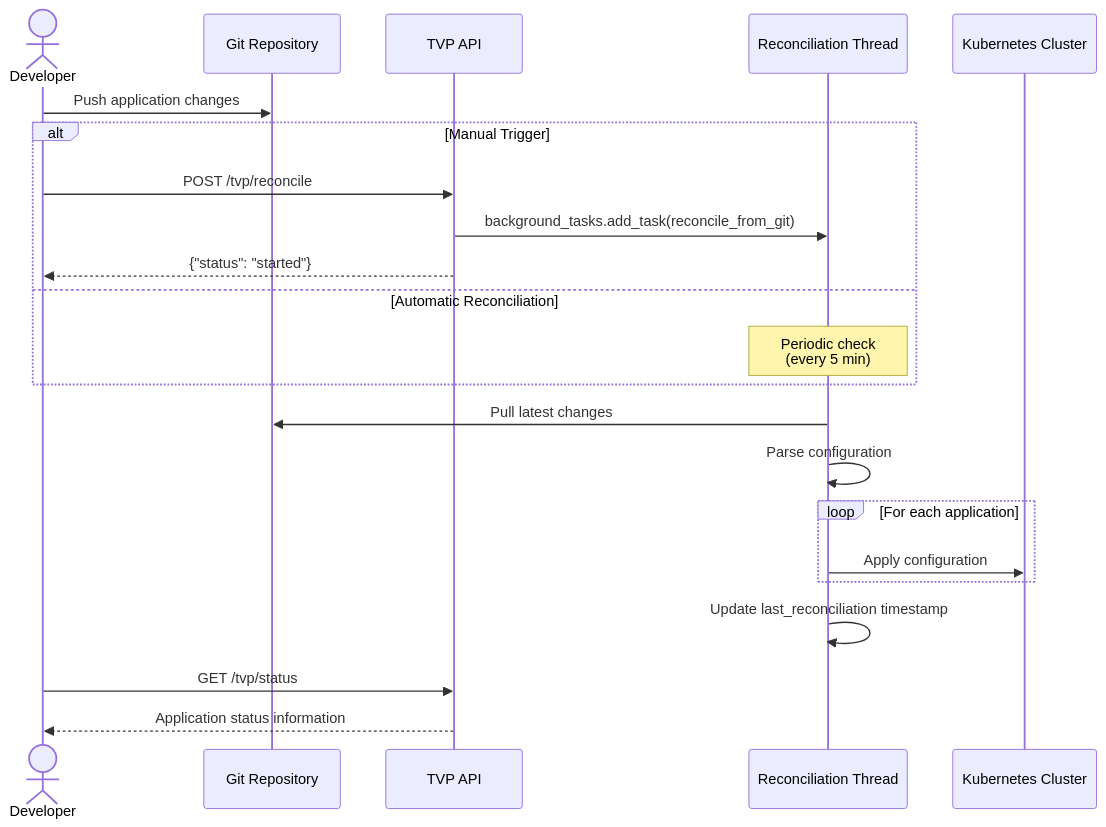
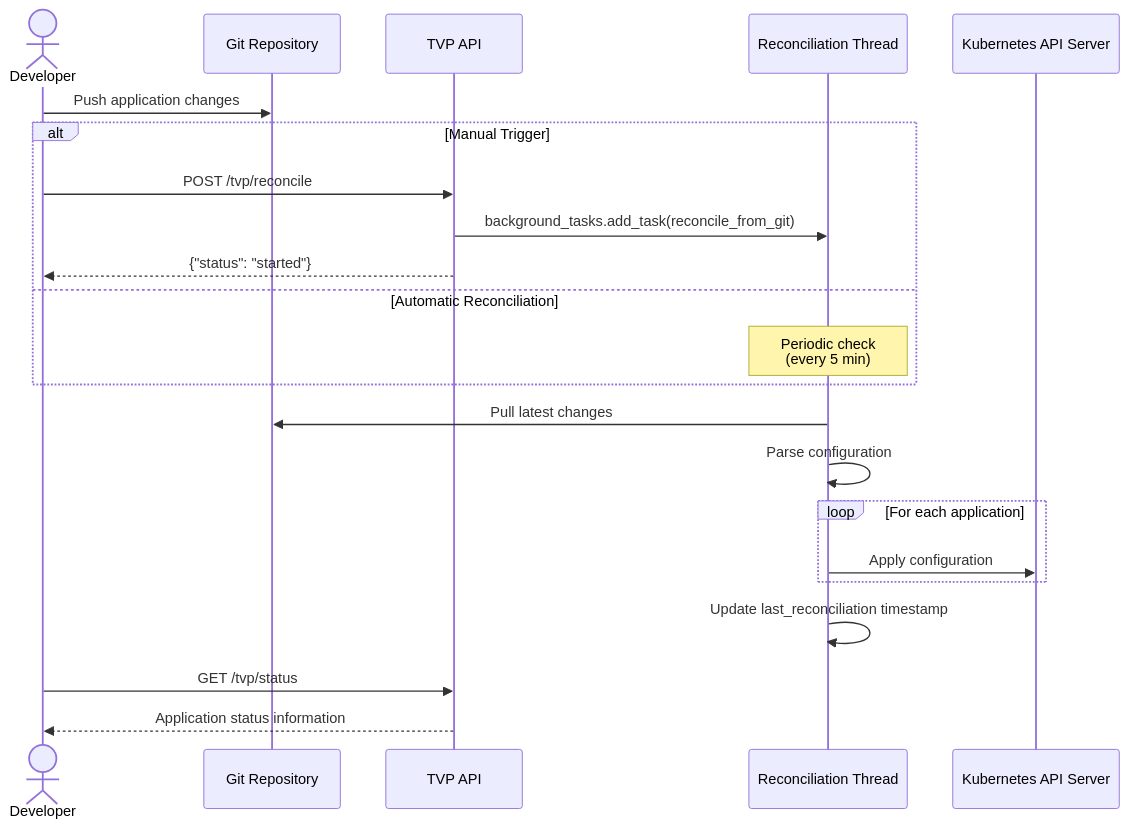
The diagram in fastapi/mermaid/gitops-workflow-diagram.mermaid (lloydchang/tvp-k8s), drawn with Mermaid before and after one commit. The commit also changed 4 other files, not shown here.

```diff
--- a/fastapi/mermaid/gitops-workflow-diagram.mermaid
+++ b/fastapi/mermaid/gitops-workflow-diagram.mermaid
@@ -1,28 +1,28 @@
 sequenceDiagram
     actor Dev as Developer
     participant Git as Git Repository
     participant TVP as TVP API
     participant Thread as Reconciliation Thread
-    participant Kubernetes as Kubernetes Cluster
+    participant Kubernetes as Kubernetes API Server
     
     Dev->>Git: Push application changes
     
     alt Manual Trigger
         Dev->>TVP: POST /tvp/reconcile
         TVP->>Thread: background_tasks.add_task(reconcile_from_git)
         TVP-->>Dev: {"status": "started"}
     else Automatic Reconciliation
         Note over Thread: Periodic check<br>(every 5 min)
     end
     
     Thread->>Git: Pull latest changes
     Thread->>Thread: Parse configuration
     
     loop For each application
         Thread->>Kubernetes: Apply configuration
     end
     
     Thread->>Thread: Update last_reconciliation timestamp
     
     Dev->>TVP: GET /tvp/status
     TVP-->>Dev: Application status information
```
